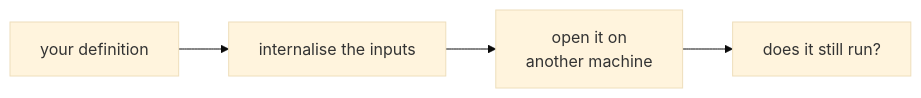
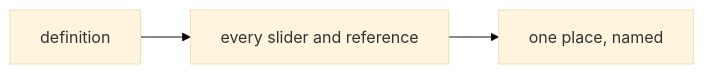
One commit to rccn-teaching/cdf changed the second of 4 diagrams in Lecture/Week_15/goals.md. Above: the diagram before and after it, drawn with Mermaid (base theme). The commit also changed other lines of this file and 23 other files, not shown here.

Commit message:
Refactor lecture materials for Weeks 13-15: update README and goals to enhance clarity and structure; adjust session objectives and commands; improve flowcharts and voting processes for better engagement and understanding.

````diff
--- a/Lecture/Week_15/goals.md
+++ b/Lecture/Week_15/goals.md
@@ -32,6 +35,7 @@
 ```mermaid
 flowchart LR
-    D["your definition"] --> I["internalise the inputs"]
-    I --> T["open it on<br/>another machine"]
-    T --> V["does it still run?"]
+    M0["definition"]
+    I1["every slider and reference"]
+    C2["one place, named"]
+    M0 --> I1 --> C2
 ```
````
